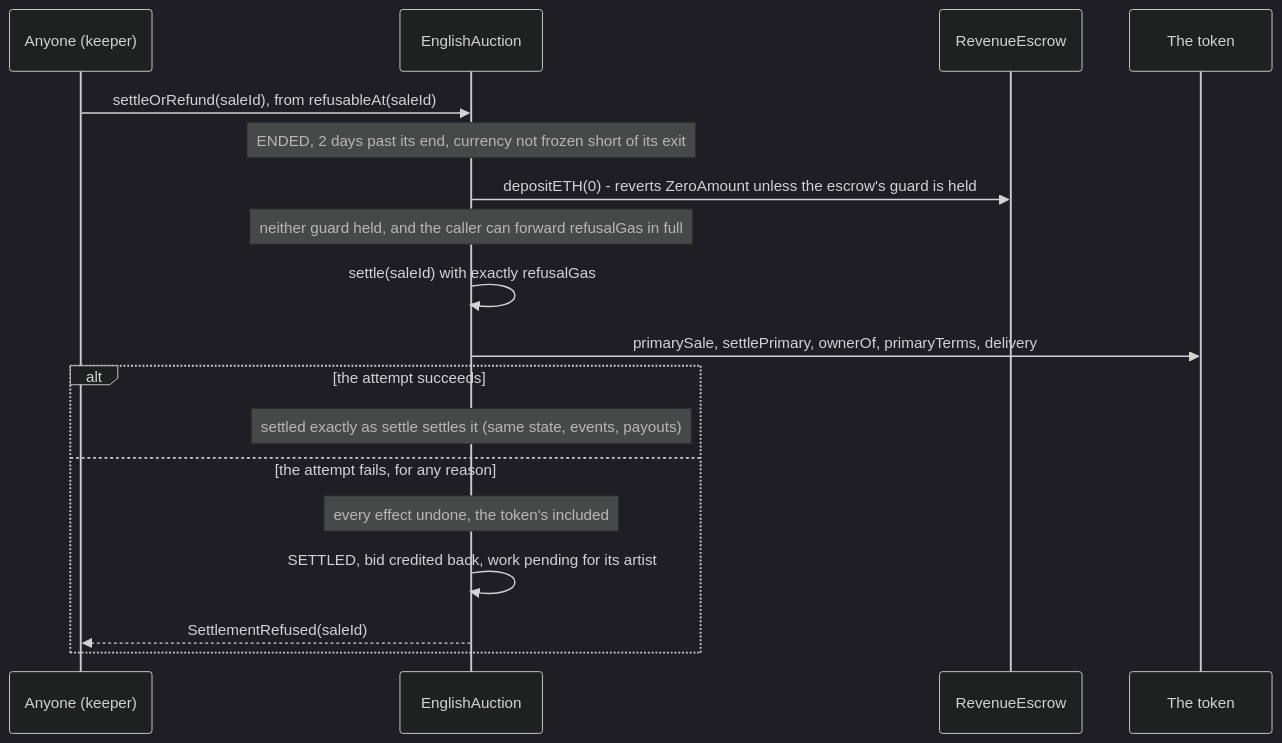
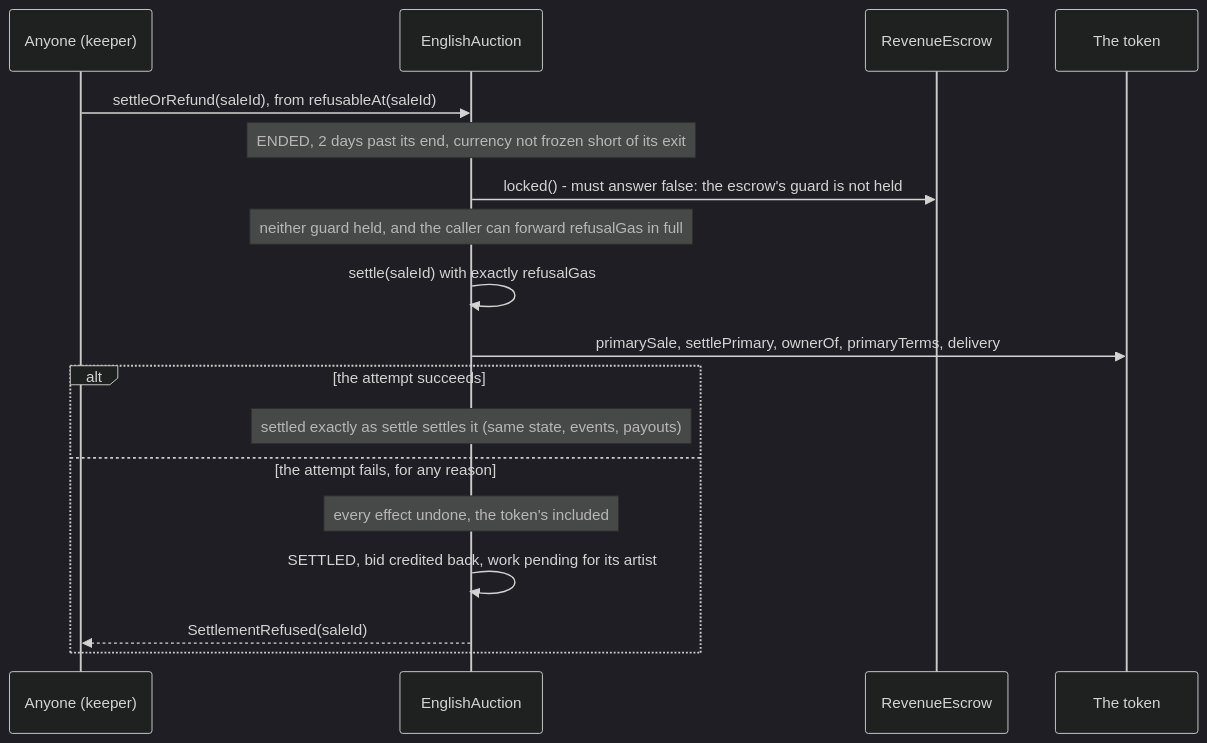
One commit to 6529-Collections/6529-works changed the eighth of 13 diagrams in docs/spec/stream-and-auctions.md. Above: the diagram before and after it, drawn with Mermaid (dark theme). The commit also changed other lines of this file and 59 other files, not shown here.

````diff
--- a/docs/spec/stream-and-auctions.md
+++ b/docs/spec/stream-and-auctions.md
@@ -601,20 +601,20 @@
 ```mermaid
 sequenceDiagram
     participant Keeper as Anyone (keeper)
     participant Auction as EnglishAuction
     participant Escrow as RevenueEscrow
     participant Token as The token
     Keeper->>Auction: settleOrRefund(saleId), from refusableAt(saleId)
     Note over Auction: ENDED, 2 days past its end, currency not frozen short of its exit
-    Auction->>Escrow: depositETH(0) - reverts ZeroAmount unless the escrow's guard is held
+    Auction->>Escrow: locked() - must answer false: the escrow's guard is not held
     Note over Auction: neither guard held, and the caller can forward refusalGas in full
     Auction->>Auction: settle(saleId) with exactly refusalGas
     Auction->>Token: primarySale, settlePrimary, ownerOf, primaryTerms, delivery
     alt the attempt succeeds
         Note over Auction: settled exactly as settle settles it (same state, events, payouts)
     else the attempt fails, for any reason
         Note over Auction: every effect undone, the token's included
         Auction->>Auction: SETTLED, bid credited back, work pending for its artist
         Auction-->>Keeper: SettlementRefused(saleId)
     end
 ```
````
